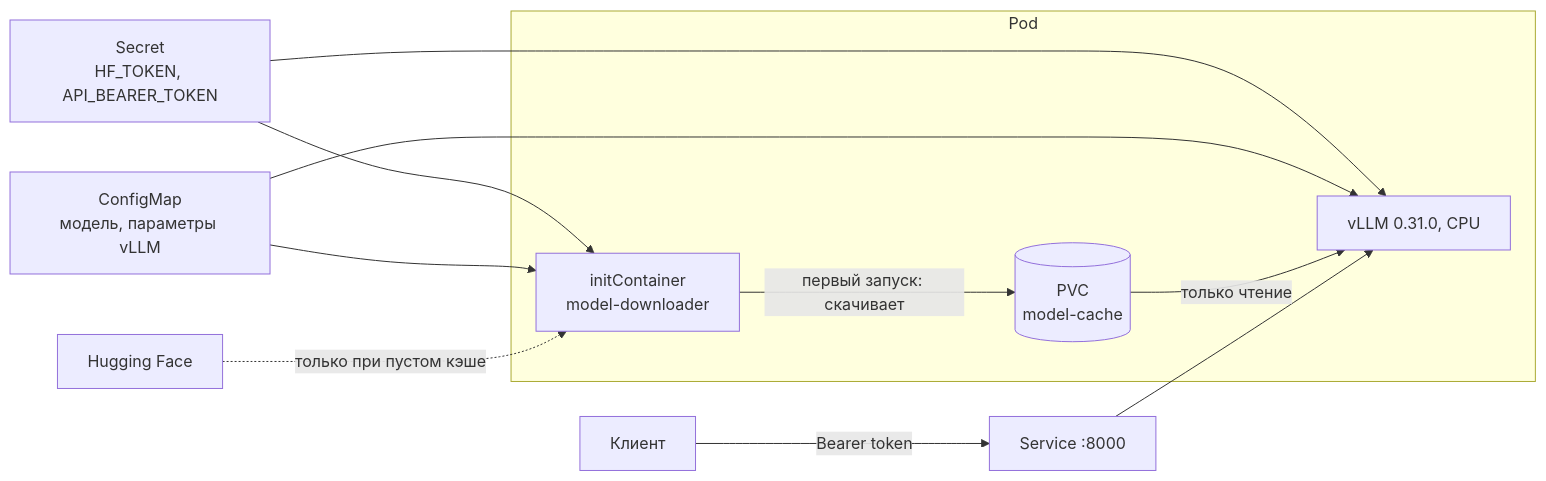
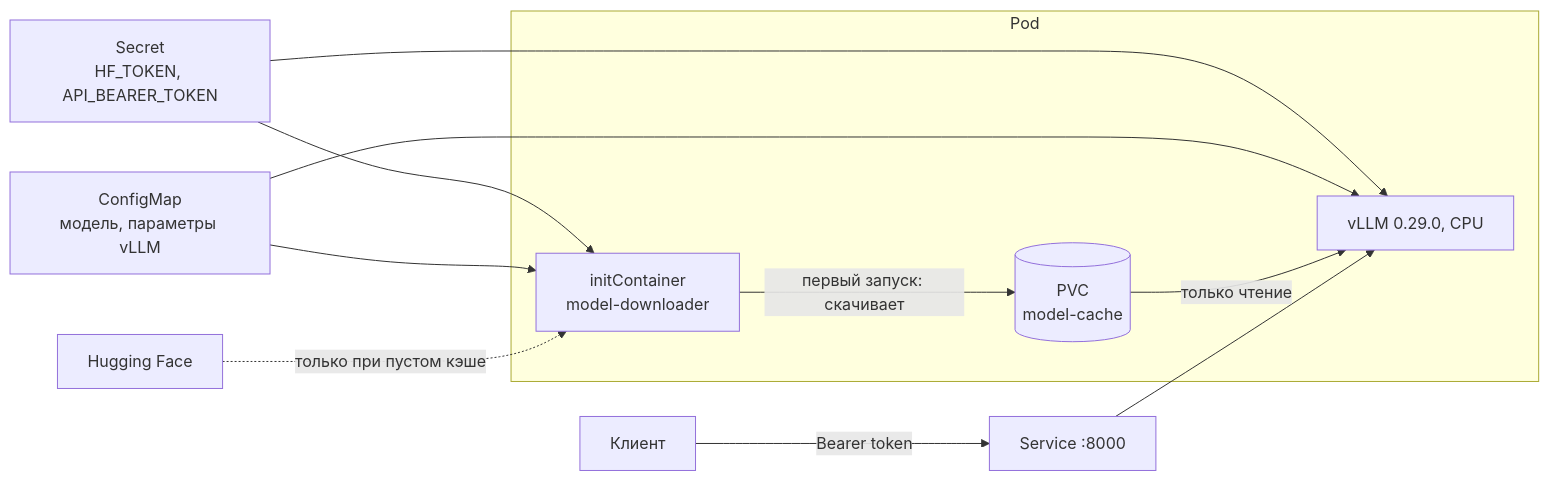
One commit to TrueWarriorI/vllm-cpu-k8s changed the diagram in README.md. Above: the diagram before and after it, drawn with Mermaid. The commit also changed other lines of this file and 15 other files, not shown here.

````diff
--- a/README.md
+++ b/README.md
@@ -7,13 +7,13 @@
 ```mermaid
 flowchart LR
     S[Secret<br/>HF_TOKEN, API_BEARER_TOKEN] --> I
     S --> V
     C[ConfigMap<br/>модель, параметры vLLM] --> I
     C --> V
     subgraph Pod
         I[initContainer<br/>model-downloader] -->|первый запуск: скачивает| P[(PVC<br/>model-cache)]
-        P -->|только чтение| V[vLLM 0.31.0, CPU]
+        P -->|только чтение| V[vLLM 0.29.0, CPU]
     end
     HF[Hugging Face] -.->|только при пустом кэше| I
     U[Клиент] -->|Bearer token| SVC[Service :8000] --> V
 ```
````
